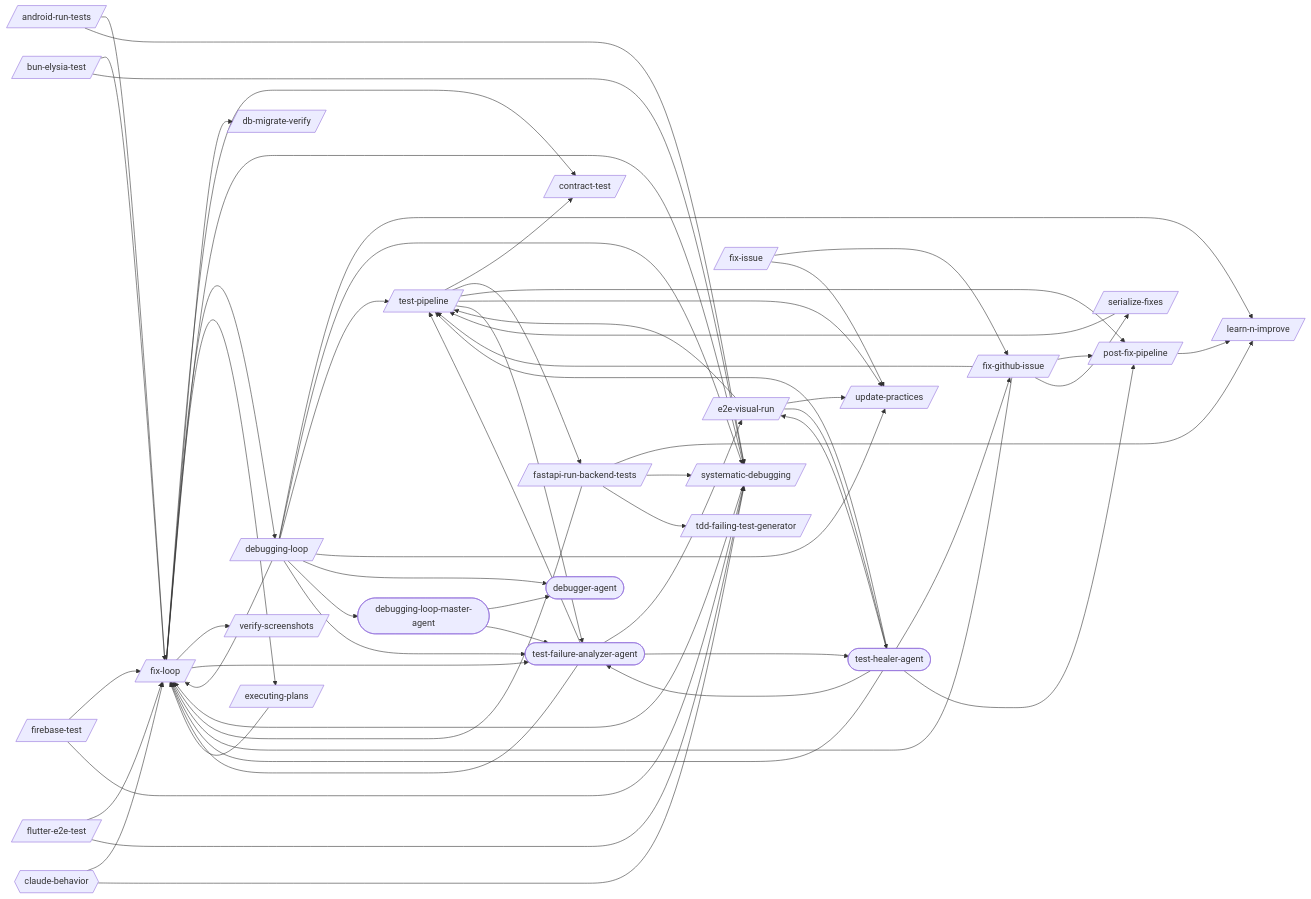
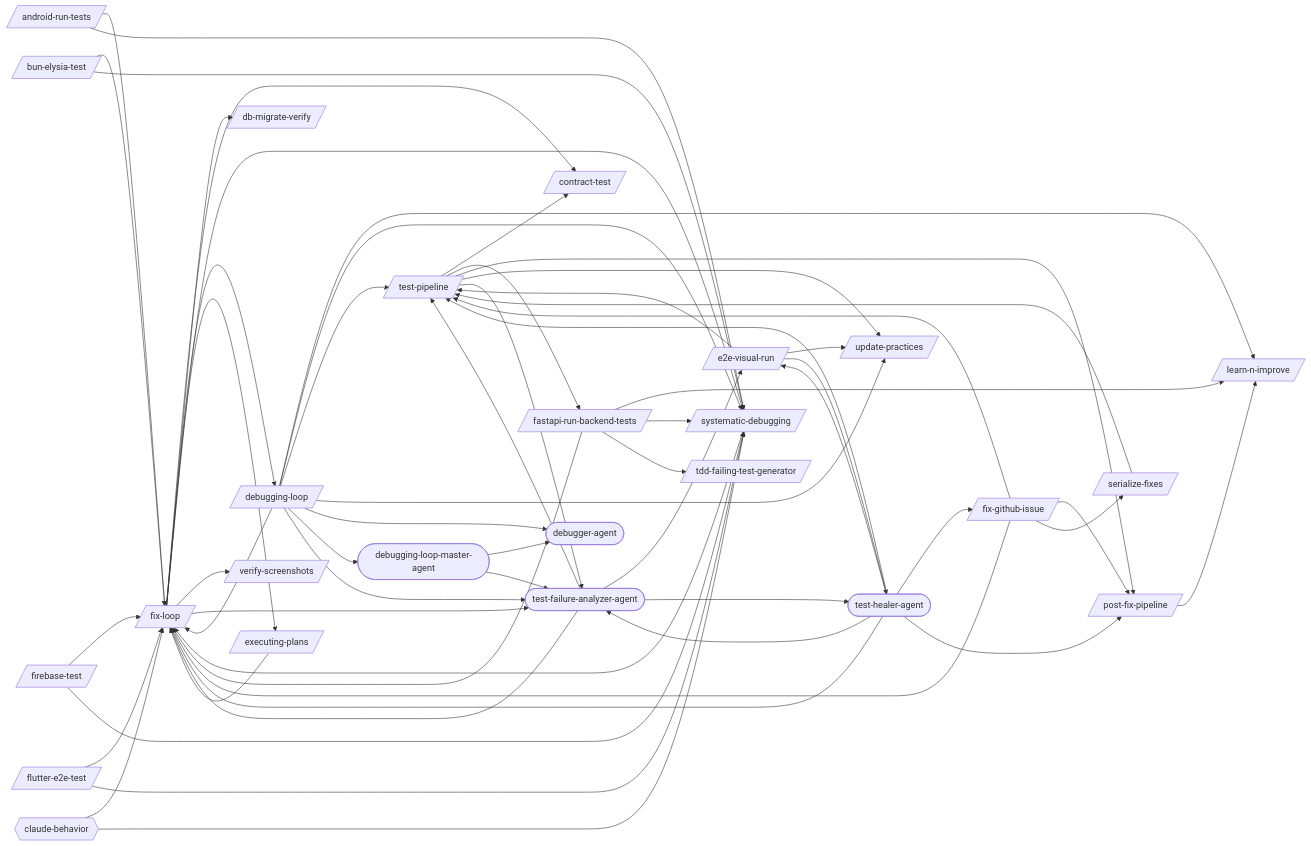
One commit to abhayla/claude-best-practices changed the first of 24 diagrams in docs/workflows/debugging-loop.md. Above: the diagram before and after it, drawn with Mermaid. The commit also changed other lines of this file and 46 other files, not shown here.

```diff
--- a/docs/workflows/debugging-loop.md
+++ b/docs/workflows/debugging-loop.md
@@ -18,7 +18,6 @@
     fastapi_run_backend_tests[/fastapi-run-backend-tests/]
     firebase_test[/firebase-test/]
     fix_github_issue[/fix-github-issue/]
-    fix_issue[/fix-issue/]
     fix_loop[/fix-loop/]
     flutter_e2e_test[/flutter-e2e-test/]
     learn_n_improve[/learn-n-improve/]
@@ -60,8 +59,6 @@
     fix_github_issue --> post_fix_pipeline
     fix_github_issue --> serialize_fixes
     fix_github_issue --> test_pipeline
-    fix_issue --> fix_github_issue
-    fix_issue --> update_practices
     fix_loop --> contract_test
     fix_loop --> db_migrate_verify
     fix_loop --> debugging_loop
```
